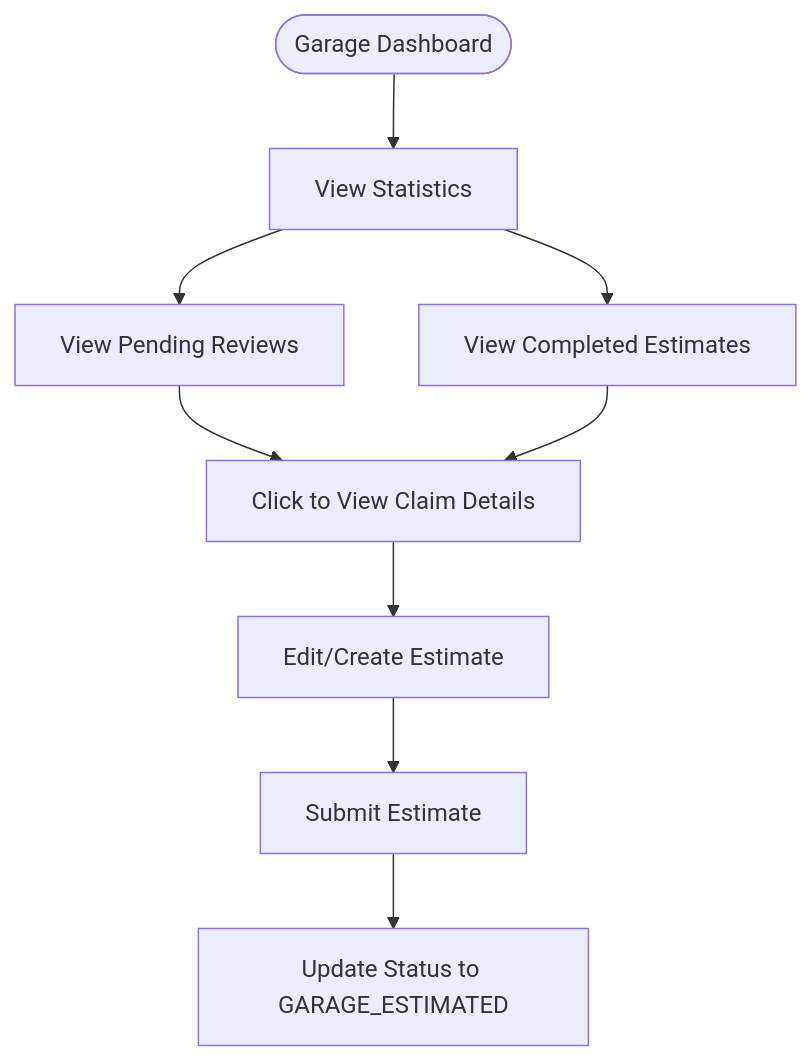
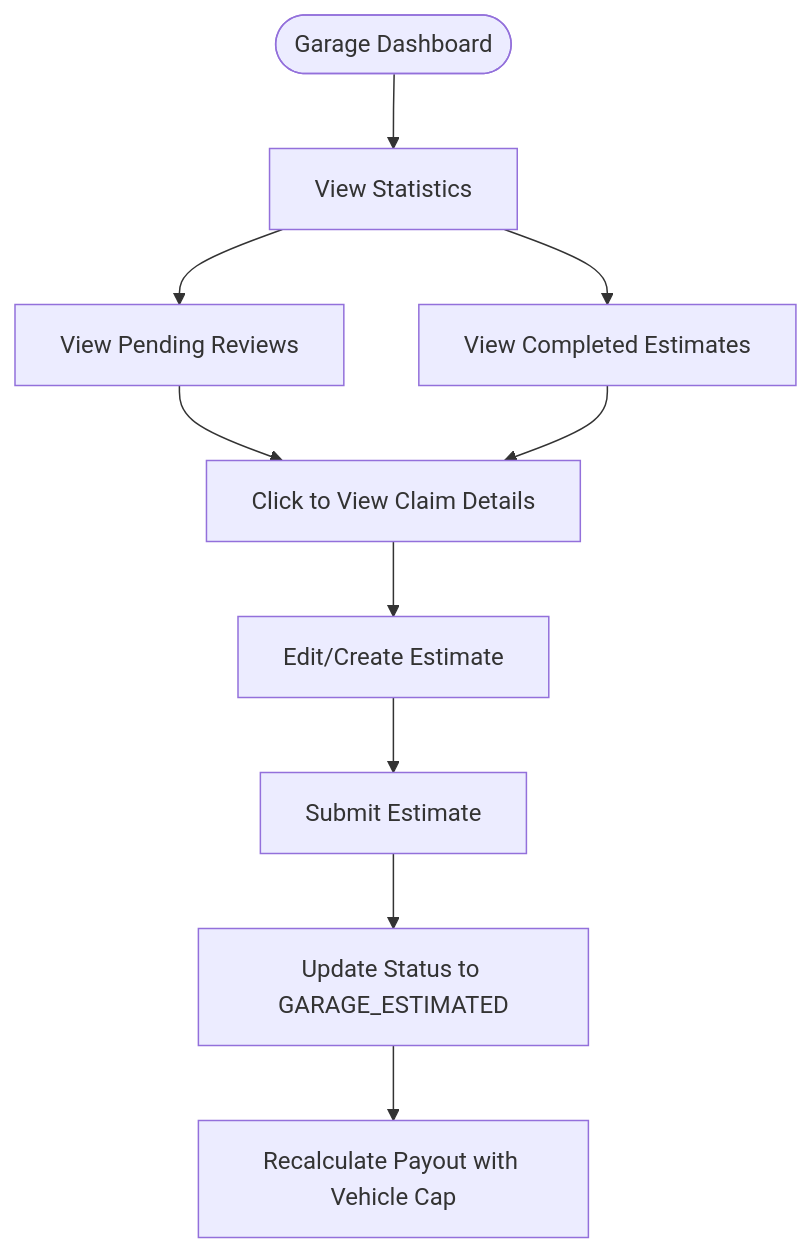
Diagram 12 of 13 in .qoder/repowiki/en/content/Business Logic Layer/Claims Processing Workflow.md (NaveenHiranya/Smart-Vehicle-Insurance-Claim-System), drawn with Mermaid before and after one commit. The commit also changed other lines of this file and 38 other files, not shown here.

````diff
--- a/.qoder/repowiki/en/content/Business Logic Layer/Claims Processing Workflow.md
+++ b/.qoder/repowiki/en/content/Business Logic Layer/Claims Processing Workflow.md
@@ -439,11 +489,12 @@
 ```mermaid
 flowchart TD
 Start(["Garage Dashboard"]) --> Stats["View Statistics"]
 Stats --> Pending["View Pending Reviews"]
 Stats --> Completed["View Completed Estimates"]
 Pending --> Detail["Click to View Claim Details"]
 Completed --> Detail
 Detail --> EditEstimate["Edit/Create Estimate"]
 EditEstimate --> Submit["Submit Estimate"]
 Submit --> Update["Update Status to GARAGE_ESTIMATED"]
+Update --> Recalculate["Recalculate Payout with Vehicle Cap"]
 ```
````
